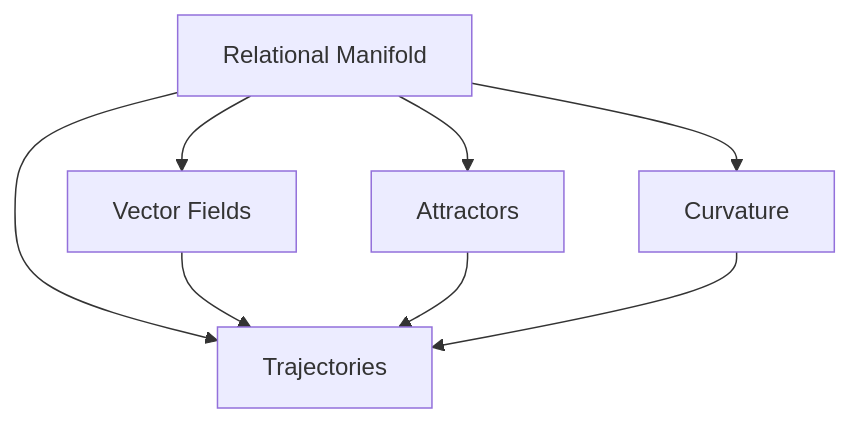
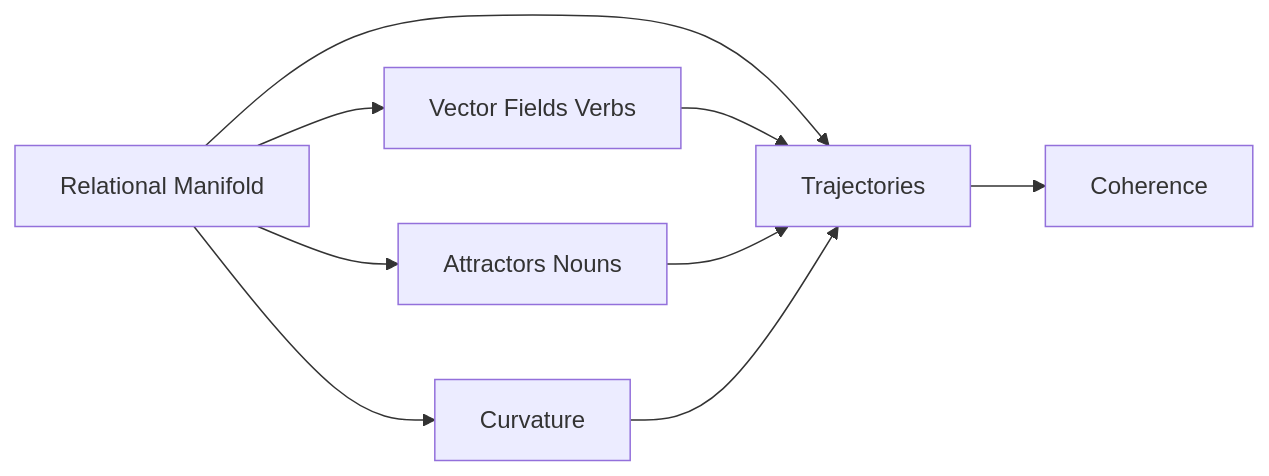
The diagram in docs/Geometry_of_Meaning_Relation_and_Dynamic_Information_grok.md (CuriousOne23/WhenMathPrays), drawn with Mermaid before and after one commit. The commit also changed other lines of this file, not shown here.

````diff
--- a/docs/Geometry_of_Meaning_Relation_and_Dynamic_Information_grok.md
+++ b/docs/Geometry_of_Meaning_Relation_and_Dynamic_Information_grok.md
@@ -142,17 +95,18 @@
 ```mermaid
-flowchart TD
-    M[Relational Manifold]
-    T[Trajectories]
-    V[Vector Fields]
-    A[Attractors]
-    K[Curvature]
+flowchart LR
+    M[Relational Manifold] 
+    T[Trajectories] 
+    V[Vector Fields Verbs] 
+    A[Attractors Nouns] 
+    K[Curvature] 
+    C[Coherence]
 
     M --> T
     M --> V
     M --> A
     M --> K
-
     V --> T
     A --> T
     K --> T
+    T --> C
 ```
````
